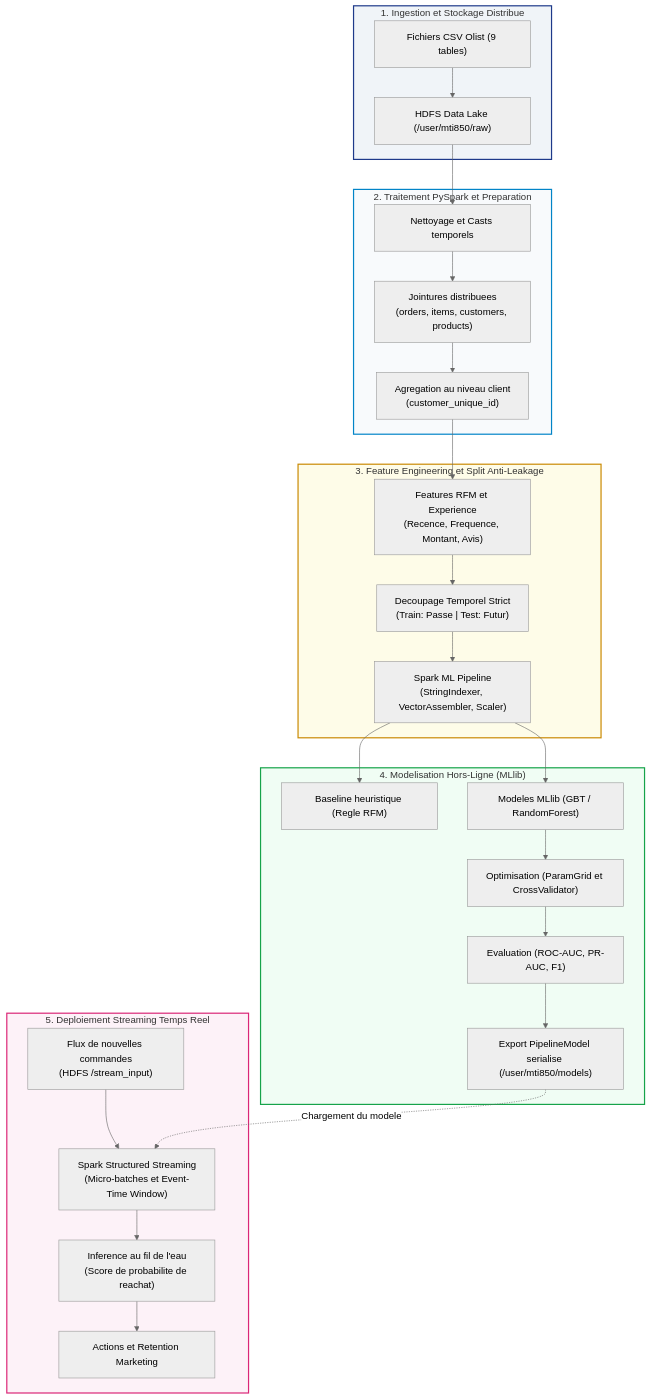
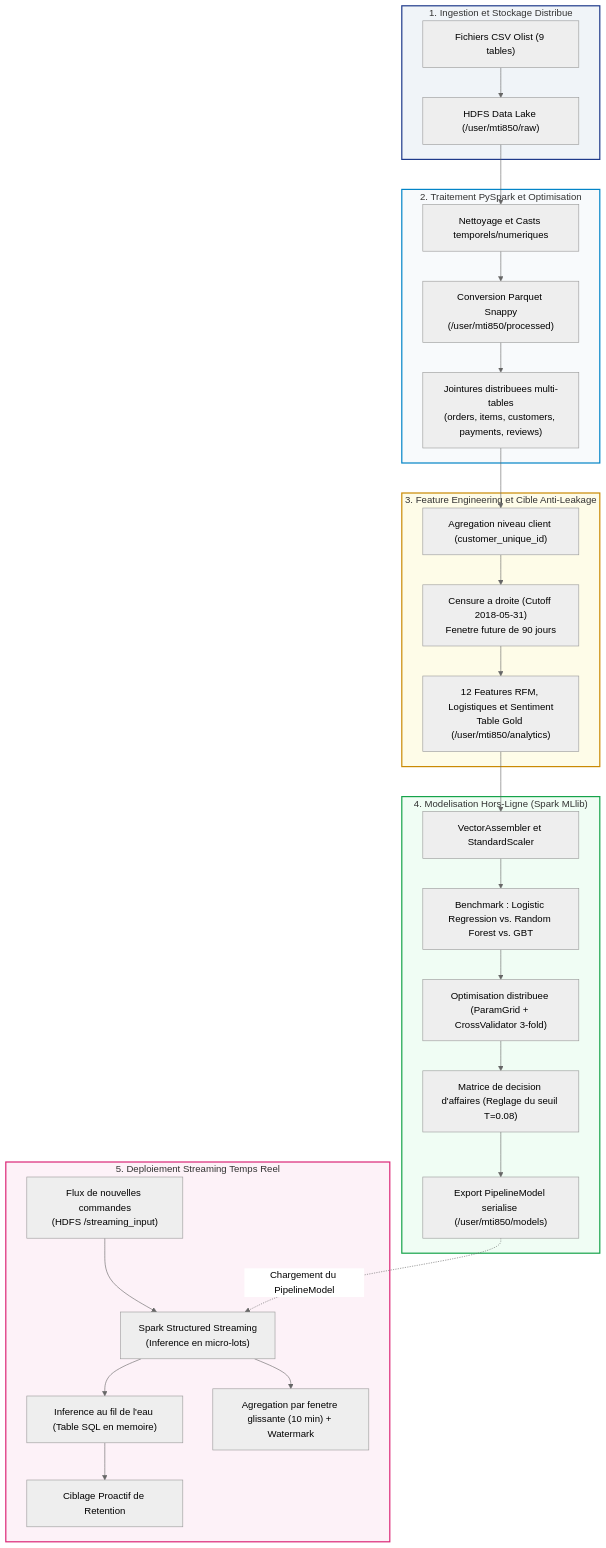
Before and after one commit to jaoseguera/mti850-ecommerce-projet-final: the diagram in README.md, drawn with Mermaid (neutral theme). The commit also changed other lines of this file and 1 other file, not shown here.

````diff
--- a/README.md
+++ b/README.md
@@ -20,39 +21,46 @@
 ```mermaid
 flowchart TD
     subgraph S1["1. Ingestion et Stockage Distribue"]
         A["Fichiers CSV Olist (9 tables)"] --> B["HDFS Data Lake (/user/mti850/raw)"]
     end
 
-    subgraph S2["2. Traitement PySpark et Preparation"]
-        B --> C["Nettoyage et Casts temporels"]
-        C --> D["Jointures distribuees\n(orders, items, customers, products)"]
-        D --> E["Agregation au niveau client\n(customer_unique_id)"]
+    subgraph S2["2. Traitement PySpark et Optimisation"]
+        B --> C["Nettoyage et Casts temporels/numeriques"]
+        C --> D["Conversion Parquet Snappy
+(/user/mti850/processed)"]
+        D --> E["Jointures distribuees multi-tables
+(orders, items, customers, payments, reviews)"]
     end
 
-    subgraph S3["3. Feature Engineering et Split Anti-Leakage"]
-        E --> F["Features RFM et Experience\n(Recence, Frequence, Montant, Avis)"]
-        F --> G["Decoupage Temporel Strict\n(Train: Passe | Test: Futur)"]
-        G --> H["Spark ML Pipeline\n(StringIndexer, VectorAssembler, Scaler)"]
+    subgraph S3["3. Feature Engineering et Cible Anti-Leakage"]
+        E --> F["Agregation niveau client (customer_unique_id)"]
+        F --> G["Censure a droite (Cutoff 2018-05-31)
+Fenetre future de 90 jours"]
+        G --> H["12 Features RFM, Logistiques et Sentiment
+Table Gold (/user/mti850/analytics)"]
     end
 
-    subgraph S4["4. Modelisation Hors-Ligne (MLlib)"]
-        H --> I["Baseline heuristique (Regle RFM)"]
-        H --> J["Modeles MLlib (GBT / RandomForest)"]
-        J --> K["Optimisation (ParamGrid et CrossValidator)"]
-        K --> L["Evaluation (ROC-AUC, PR-AUC, F1)"]
+    subgraph S4["4. Modelisation Hors-Ligne (Spark MLlib)"]
+        H --> I["VectorAssembler et StandardScaler"]
+        I --> J["Benchmark : Logistic Regression vs. Random Forest vs. GBT"]
+        J --> K["Optimisation distribuee (ParamGrid + CrossValidator 3-fold)"]
+        K --> L["Matrice de decision d'affaires (Reglage du seuil T=0.08)"]
         L --> M["Export PipelineModel serialise (/user/mti850/models)"]
     end
 
     subgraph S5["5. Deploiement Streaming Temps Reel"]
-        N["Flux de nouvelles commandes\n(HDFS /stream_input)"] --> O["Spark Structured Streaming\n(Micro-batches et Event-Time Window)"]
-        M -.->|Chargement du modele| O
-        O --> P["Inference au fil de l'eau\n(Score de probabilite de reachat)"]
-        P --> Q["Actions et Retention Marketing"]
+        N["Flux de nouvelles commandes
+(HDFS /streaming_input)"] --> O["Spark Structured Streaming
+(Inference en micro-lots)"]
+        M -.->|Chargement du PipelineModel| O
+        O --> P["Inference au fil de l'eau (Table SQL en memoire)"]
+        O --> Q["Agregation par fenetre glissante (10 min) + Watermark"]
+        P --> R["Ciblage Proactif de Retention"]
     end
 
     style S1 fill:#f0f4f8,stroke:#1e3a8a,stroke-width:2px
     style S2 fill:#f8fafc,stroke:#0284c7,stroke-width:2px
     style S3 fill:#fefce8,stroke:#ca8a04,stroke-width:2px
     style S4 fill:#f0fdf4,stroke:#16a34a,stroke-width:2px
     style S5 fill:#fdf2f8,stroke:#db2777,stroke-width:2px
 ```
````
